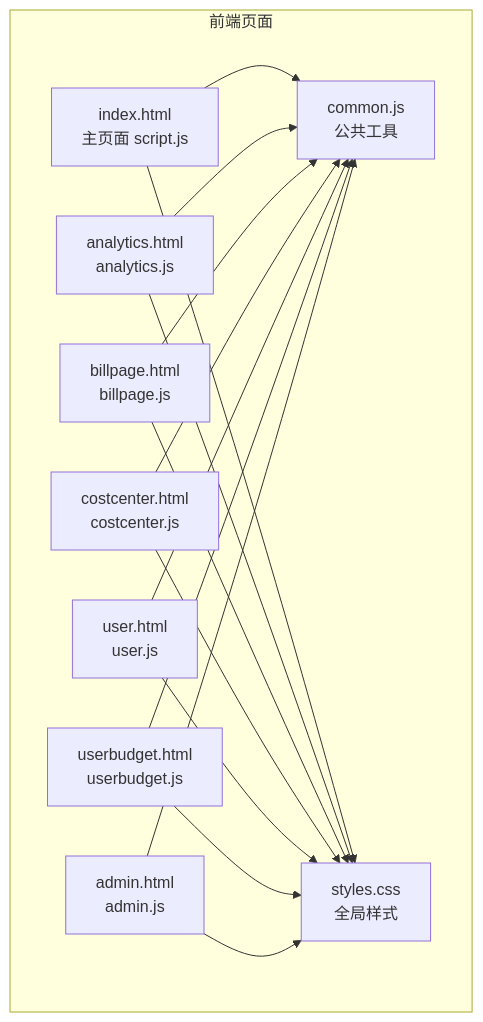
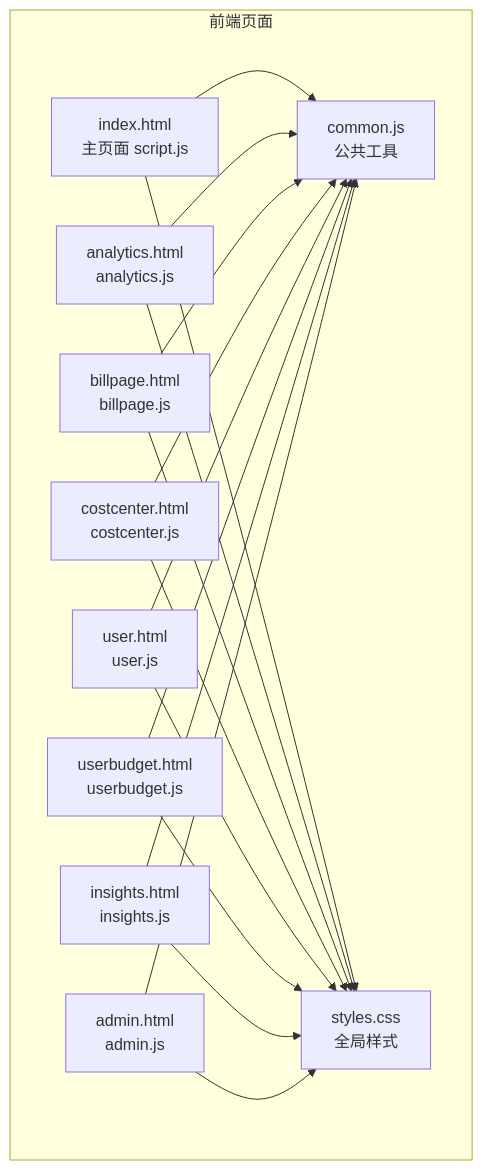
One commit to kissingwolf/CopilotEnterpriseUsageDisplay changed the first of 11 diagrams in .qoder/repowiki/zh/content/前端页面/前端页面.md. Above: the diagram before and after it, drawn with Mermaid. The commit also changed other lines of this file and 4 other files, not shown here.

````diff
--- a/.qoder/repowiki/zh/content/前端页面/前端页面.md
+++ b/.qoder/repowiki/zh/content/前端页面/前端页面.md
@@ -59,28 +65,31 @@
 ```mermaid
 graph TB
 subgraph "前端页面"
 IDX["index.html<br/>主页面 script.js"]
 ANA["analytics.html<br/>analytics.js"]
 BILL["billpage.html<br/>billpage.js"]
 COST["costcenter.html<br/>costcenter.js"]
 USER["user.html<br/>user.js"]
 USERBUDGET["userbudget.html<br/>userbudget.js"]
+INSIGHTS["insights.html<br/>insights.js"]
 ADMIN["admin.html<br/>admin.js"]
 COM["common.js<br/>公共工具"]
 CSS["styles.css<br/>全局样式"]
 end
 IDX --> COM
 ANA --> COM
 BILL --> COM
 COST --> COM
 USER --> COM
 USERBUDGET --> COM
+INSIGHTS --> COM
 ADMIN --> COM
 IDX --> CSS
 ANA --> CSS
 BILL --> CSS
 COST --> CSS
 USER --> CSS
 USERBUDGET --> CSS
+INSIGHTS --> CSS
 ADMIN --> CSS
 ```
````
